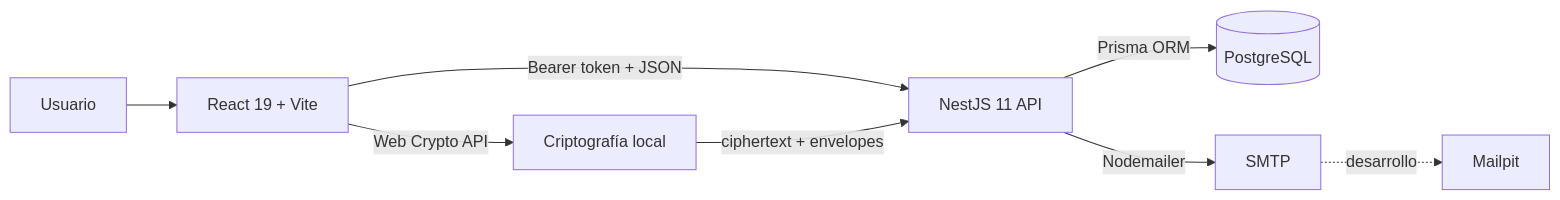
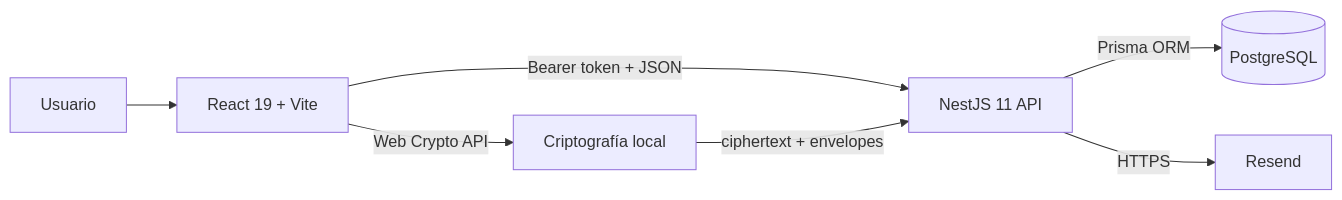
Before and after one commit to javauniversal/passnexus: the first of 2 diagrams in README.md, drawn with Mermaid. The commit also changed other lines of this file and 12 other files, not shown here.

````diff
--- a/README.md
+++ b/README.md
@@ -60,10 +60,9 @@
 ```mermaid
 flowchart LR
 	U[Usuario] --> W[React 19 + Vite]
 	W -->|Bearer token + JSON| A[NestJS 11 API]
 	W -->|Web Crypto API| C[Criptografía local]
 	A -->|Prisma ORM| P[(PostgreSQL)]
-	A -->|Nodemailer| S[SMTP]
+	A -->|HTTPS| S[Resend]
 	C -->|ciphertext + envelopes| A
-	S -. desarrollo .-> M[Mailpit]
 ```
````
